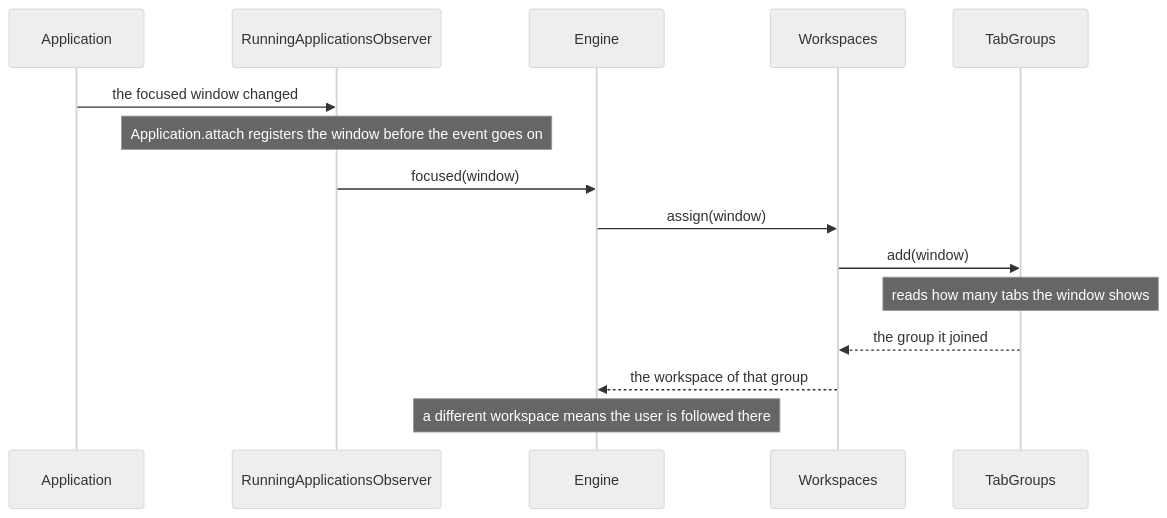
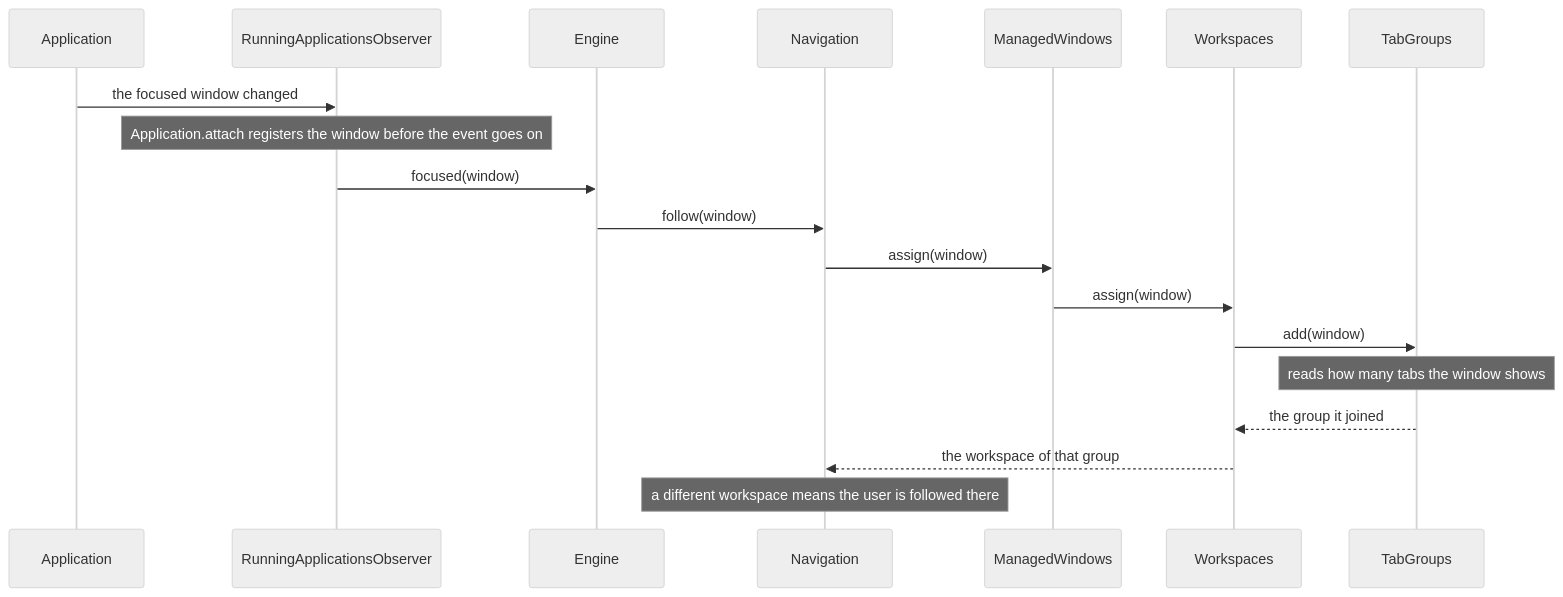
One commit to brennovich/ottowm changed diagram 17 of 18 in ARCHITECTURE.md. Above: the diagram before and after it, drawn with Mermaid (neutral theme). The commit also changed other lines of this file and 23 other files, not shown here.

````diff
--- a/ARCHITECTURE.md
+++ b/ARCHITECTURE.md
@@ -388,18 +416,22 @@
 ```mermaid
 sequenceDiagram
     participant Application
     participant RunningApplicationsObserver
     participant Engine
+    participant Navigation
+    participant ManagedWindows
     participant Workspaces
     participant TabGroups
 
     Application->>RunningApplicationsObserver: the focused window changed
     Note over RunningApplicationsObserver: Application.attach registers the window before the event goes on
     RunningApplicationsObserver->>Engine: focused(window)
-    Engine->>Workspaces: assign(window)
+    Engine->>Navigation: follow(window)
+    Navigation->>ManagedWindows: assign(window)
+    ManagedWindows->>Workspaces: assign(window)
     Workspaces->>TabGroups: add(window)
     Note over TabGroups: reads how many tabs the window shows
     TabGroups-->>Workspaces: the group it joined
-    Workspaces-->>Engine: the workspace of that group
-    Note over Engine: a different workspace means the user is followed there
+    Workspaces-->>Navigation: the workspace of that group
+    Note over Navigation: a different workspace means the user is followed there
 ```
````
